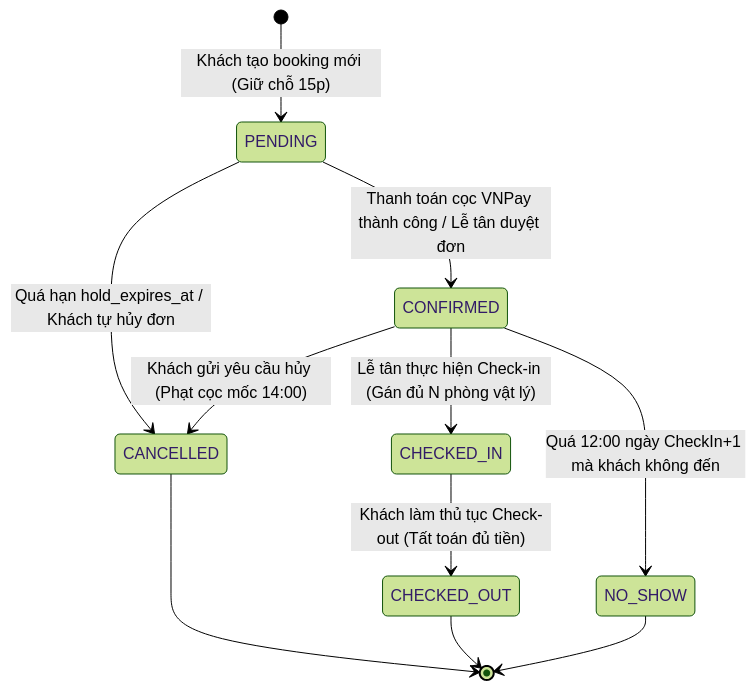
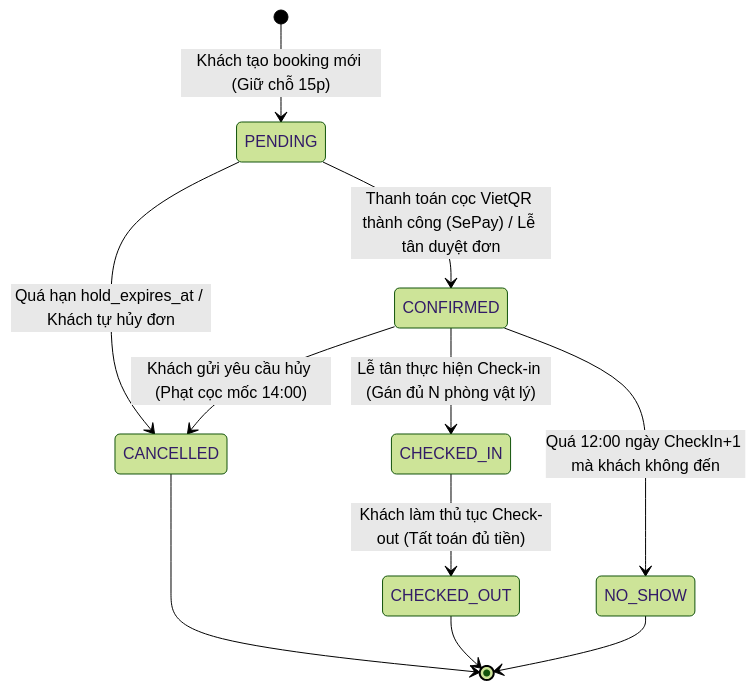
Before and after one commit to Huidinne/Hotel-Booking-System_HBS: the ninth of 11 diagrams in docs/SRS.md, drawn with Mermaid (forest theme). The commit also changed other lines of this file and 4 other files, not shown here.

````diff
--- a/docs/SRS.md
+++ b/docs/SRS.md
@@ -577,17 +578,17 @@
 ```mermaid
 stateDiagram-v2
     [*] --> PENDING: Khách tạo booking mới (Giữ chỗ 15p)
     
-    PENDING --> CONFIRMED: Thanh toán cọc VNPay thành công / Lễ tân duyệt đơn
+    PENDING --> CONFIRMED: Thanh toán cọc VietQR thành công (SePay) / Lễ tân duyệt đơn
     PENDING --> CANCELLED: Quá hạn hold_expires_at / Khách tự hủy đơn
     
     CONFIRMED --> CHECKED_IN: Lễ tân thực hiện Check-in (Gán đủ N phòng vật lý)
     CONFIRMED --> CANCELLED: Khách gửi yêu cầu hủy (Phạt cọc mốc 14:00)
     CONFIRMED --> NO_SHOW: Quá 12:00 ngày CheckIn+1 mà khách không đến
     
     CHECKED_IN --> CHECKED_OUT: Khách làm thủ tục Check-out (Tất toán đủ tiền)
     
     CANCELLED --> [*]
     CHECKED_OUT --> [*]
     NO_SHOW --> [*]
 ```
````
